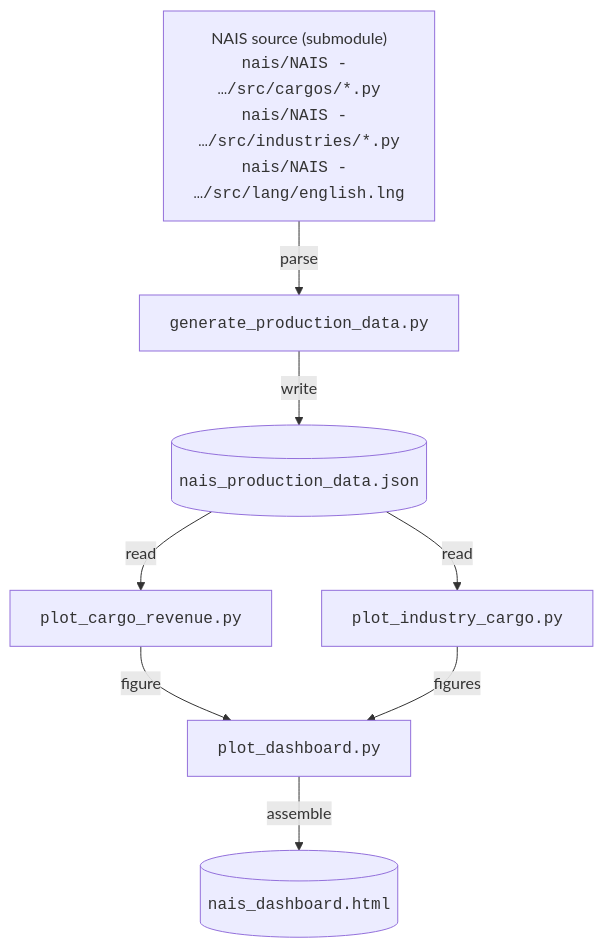
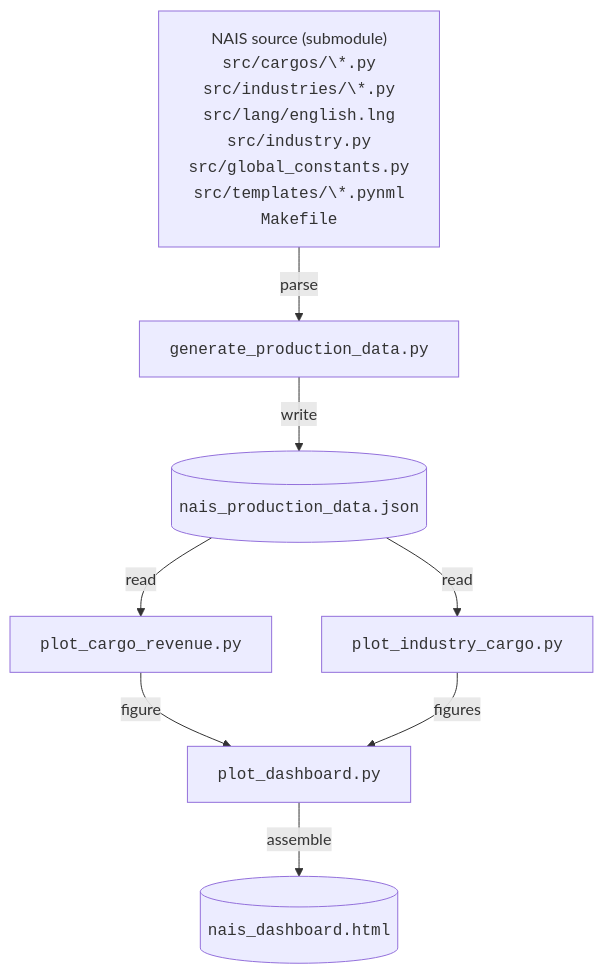
The diagram in README.md (Allenator/nais-analysis), drawn with Mermaid before and after one commit. The commit also changed other lines of this file and 3 other files, not shown here.

````diff
--- a/README.md
+++ b/README.md
@@ -39,18 +43,18 @@
 ```mermaid
 flowchart TD
-    SRC["NAIS source (submodule)<br/><code>nais/NAIS - …/src/cargos/*.py</code><br/><code>nais/NAIS - …/src/industries/*.py</code><br/><code>nais/NAIS - …/src/lang/english.lng</code>"]
+    SRC["NAIS source (submodule)<br><code>src/cargos/\*.py</code><br><code>src/industries/\*.py</code><br><code>src/lang/english.lng</code><br><code>src/industry.py</code><br><code>src/global_constants.py</code><br><code>src/templates/\*.pynml</code><br><code>Makefile</code>"]
     GEN["<code>generate_production_data.py</code>"]
     JSON[("<code>nais_production_data.json</code>")]
     REV["<code>plot_cargo_revenue.py</code>"]
     IND["<code>plot_industry_cargo.py</code>"]
     DASH["<code>plot_dashboard.py</code>"]
     HTML[("<code>nais_dashboard.html</code>")]
 
     SRC -->|parse| GEN
     GEN -->|write| JSON
     JSON -->|read| REV
     JSON -->|read| IND
     REV -->|figure| DASH
     IND -->|figures| DASH
     DASH -->|assemble| HTML
 ```
````
